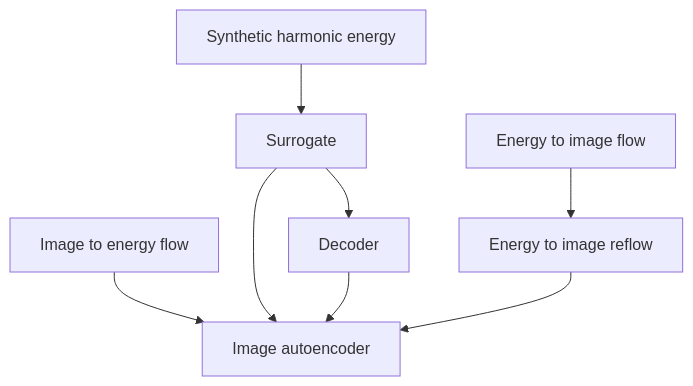
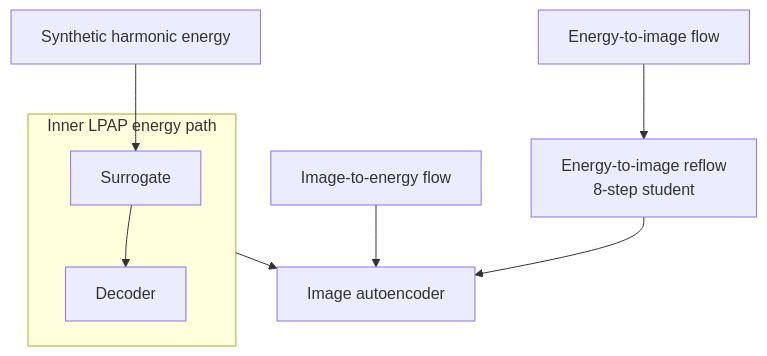
One commit to matovitch/lpap changed the diagram in doc/index.md. Above: the diagram before and after it, drawn with Mermaid. The commit also changed other lines of this file and 3 other files, not shown here.

First line of the commit message:
docs: rework mermaid graphs and document the autoencoder loss

````diff
--- a/doc/index.md
+++ b/doc/index.md
@@ -35,16 +38,16 @@
 ```mermaid
 flowchart TD
-    synthetic[Synthetic harmonic energy]
-    surrogate[Surrogate]
-    decoder[Decoder]
-    i2e[Image to energy flow]
-    e2i[Energy to image flow]
-    reflow[Energy to image reflow]
-    autoencoder[Image autoencoder]
+    synthetic[Synthetic harmonic energy] --> surrogate[Surrogate]
+    surrogate --> decoder[Decoder]
+    i2e[Image-to-energy flow]
+    e2i[Energy-to-image flow] --> reflow[Energy-to-image reflow<br/>8-step student]
 
-    synthetic --> surrogate --> decoder
-    i2e --> autoencoder
-    surrogate --> autoencoder
-    decoder --> autoencoder
-    e2i --> reflow --> autoencoder
+    subgraph inner [Inner LPAP energy path]
+        surrogate
+        decoder
+    end
+
+    i2e --> autoencoder[Image autoencoder]
+    inner --> autoencoder
+    reflow --> autoencoder
 ```
````
